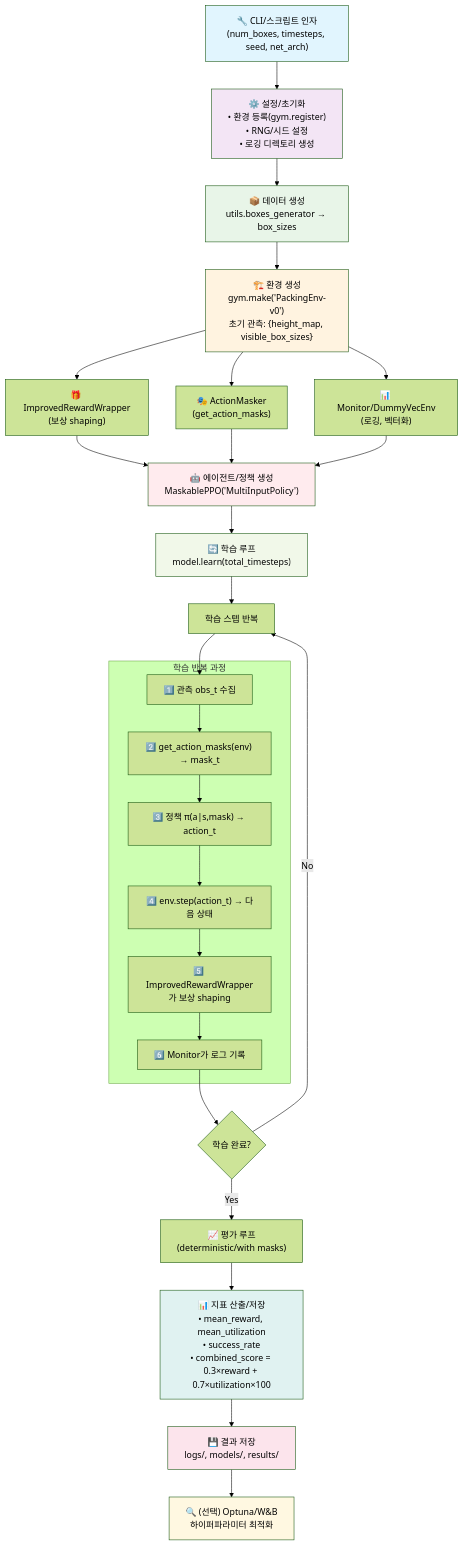
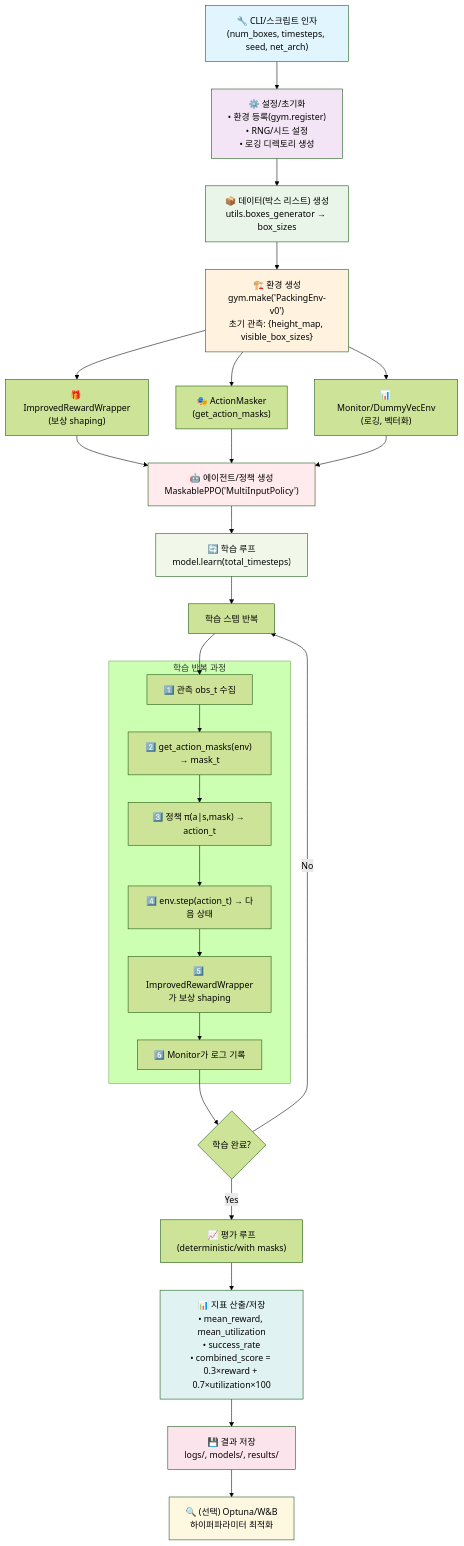
The second of 2 diagrams in docs/커서chat내용Export/Code동작 기술서.md (minajwsy/RL-3DbinPacking), drawn with Mermaid (forest theme) before and after one commit. The commit also changed 3 other files, not shown here.

````diff
--- a/docs/커서chat내용Export/Code동작 기술서.md
+++ b/docs/커서chat내용Export/Code동작 기술서.md
@@ -194,49 +194,49 @@
 ```mermaid
 flowchart TD
     A["🔧 CLI/스크립트 인자<br/>(num_boxes, timesteps, seed, net_arch)"] --> B["⚙️ 설정/초기화<br/>• 환경 등록(gym.register)<br/>• RNG/시드 설정<br/>• 로깅 디렉토리 생성"]
     
-    B --> C["📦 데이터 생성<br/>utils.boxes_generator → box_sizes"]
+    B --> C["📦 데이터(박스 리스트) 생성<br/>utils.boxes_generator → box_sizes"]
     
     C --> D["🏗️ 환경 생성<br/>gym.make('PackingEnv-v0')<br/>초기 관측: {height_map, visible_box_sizes}"]
     
     D --> E["🎁 ImprovedRewardWrapper<br/>(보상 shaping)"]
     D --> F["🎭 ActionMasker<br/>(get_action_masks)"]
     D --> G["📊 Monitor/DummyVecEnv<br/>(로깅, 벡터화)"]
     
     E --> H["🤖 에이전트/정책 생성<br/>MaskablePPO('MultiInputPolicy')"]
     F --> H
     G --> H
     
     H --> I["🔄 학습 루프<br/>model.learn(total_timesteps)"]
     
     I --> J["학습 스텝 반복"]
     
     subgraph "학습 반복 과정"
         K["1️⃣ 관측 obs_t 수집"] --> L["2️⃣ get_action_masks(env) → mask_t"]
         L --> M["3️⃣ 정책 π(a|s,mask) → action_t"]
         M --> N["4️⃣ env.step(action_t) → 다음 상태"]
         N --> O["5️⃣ ImprovedRewardWrapper가 보상 shaping"]
         O --> P["6️⃣ Monitor가 로그 기록"]
     end
     
     J --> K
     P --> Q{"학습 완료?"}
     Q -->|No| J
     Q -->|Yes| R["📈 평가 루프<br/>(deterministic/with masks)"]
     
     R --> S["📊 지표 산출/저장<br/>• mean_reward, mean_utilization<br/>• success_rate<br/>• combined_score = 0.3×reward + 0.7×utilization×100"]
     
     S --> T["💾 결과 저장<br/>logs/, models/, results/"]
     
     T --> U["🔍 (선택) Optuna/W&B<br/>하이퍼파라미터 최적화"]
     
     style A fill:#e1f5fe
     style B fill:#f3e5f5
     style C fill:#e8f5e8
     style D fill:#fff3e0
     style H fill:#ffebee
     style I fill:#f1f8e9
     style S fill:#e0f2f1
     style T fill:#fce4ec
     style U fill:#fff8e1
 ```
````
